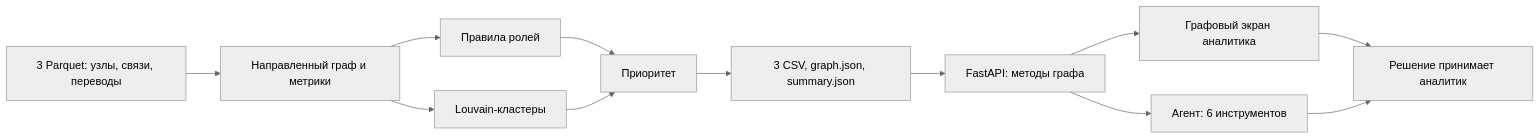
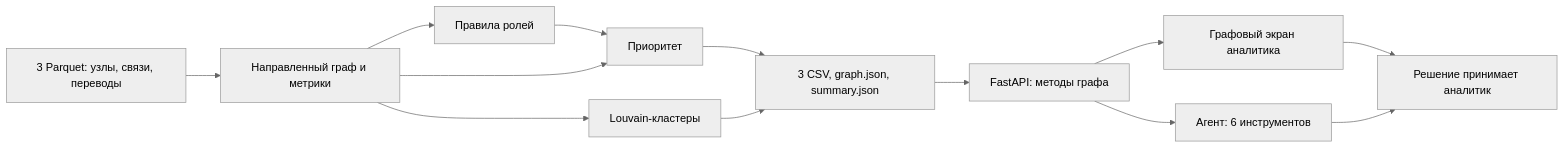
The diagram in README.md (BAITC-Hacks/hack-b18c30d4-kazhydromet-ai), drawn with Mermaid (neutral theme) before and after one commit. The commit also changed other lines of this file and 7 other files, not shown here.

````diff
--- a/README.md
+++ b/README.md
@@ -284,14 +308,15 @@
 ```mermaid
 flowchart LR
     A[3 Parquet: узлы, связи, переводы] --> B[Направленный граф и метрики]
     B --> C[Правила ролей]
     B --> D[Louvain-кластеры]
     C --> E[Приоритет]
-    D --> E
+    B --> E
     E --> F[3 CSV, graph.json, summary.json]
+    D --> F
     F --> G[FastAPI: методы графа]
     G --> H[Графовый экран аналитика]
     G --> I[Агент: 6 инструментов]
     H --> J[Решение принимает аналитик]
     I --> J
 ```
````
